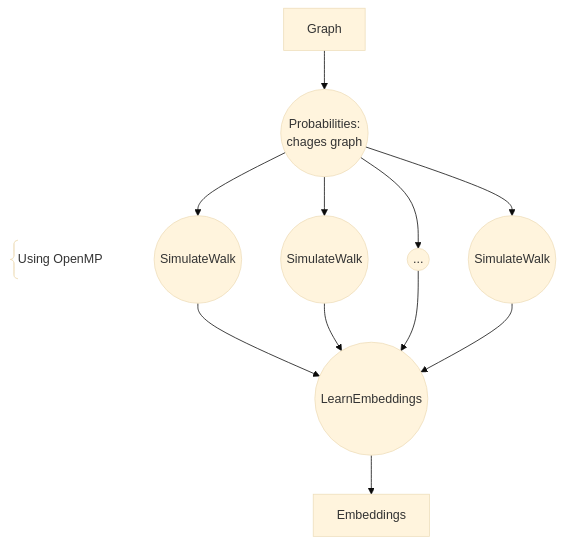
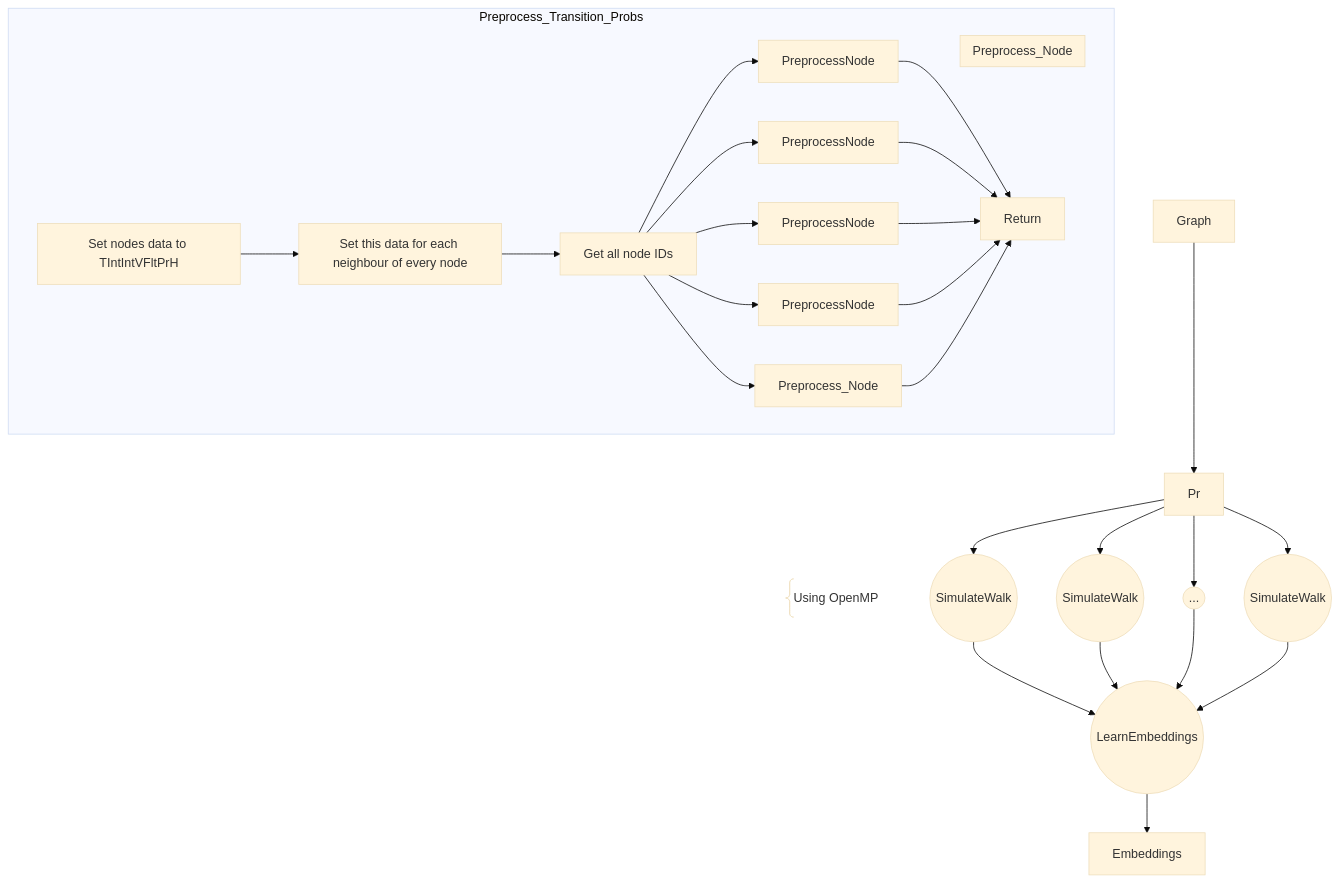
Before and after one commit to oscar-otero2/node2vec: the diagram in docu/node2vec.md, drawn with Mermaid (base theme). The commit also changed 4 other files, not shown here.

````diff
--- a/docu/node2vec.md
+++ b/docu/node2vec.md
@@ -1,21 +1,41 @@
 ```mermaid
 flowchart TD
 
-	A[Graph]
-	B((Probabilities: 
-	chages graph))
-	MiniComment@{ shape: comment, label: "Using OpenMP" }
-	C1((SimulateWalk))
-	C2((SimulateWalk))
-	Cn((...))
-	C3((SimulateWalk))
-	D((LearnEmbeddings))
-	E[Embeddings]
+	Gr[Graph]
 
-	A --> B
-	B ~~~ MiniComment
-	B --> C1 & C2 & Cn & C3
-	C1 & C2 & Cn & C3 --> D
-	D --> E
+	subgraph Preprocess_Transition_Probs
+		PtNd1[Set nodes data to TIntIntVFltPrH]
+		PtNd2[Set this data for each neighbour of every node]
+		PtNi[Get all node IDs]
+		
+		PtPn1[PreprocessNode]
+		PtPn2[PreprocessNode]
+		PtPnn[PreprocessNode]
+		PtPn3[PreprocessNode]
+
+		subgraph Preprocess_Node	
+		end
+
+		PtRet[Return]
+
+		PtNd1 --> PtNd2
+		PtNd2 --> PtNi
+		PtNi --> PtPn1 & PtPn2 & PtPnn & PtPn3 & Preprocess_Node
+		PtPn1 & PtPn2 & PtPnn & PtPn3 & Preprocess_Node --> PtRet
+	end
+
+	OMP@{ shape: comment, label: "Using OpenMP" }
+	Sw1((SimulateWalk))
+	Sw2((SimulateWalk))
+	Swn((...))
+	Sw3((SimulateWalk))
+	Le((LearnEmbeddings))
+	Em[Embeddings]
+
+	Gr --> Pr
+	Pr ~~~ OMP
+	Pr --> Sw1 & Sw2 & Swn & Sw3
+	Sw1 & Sw2 & Swn & Sw3 --> Le
+	Le --> Em
 	
 ```
````
